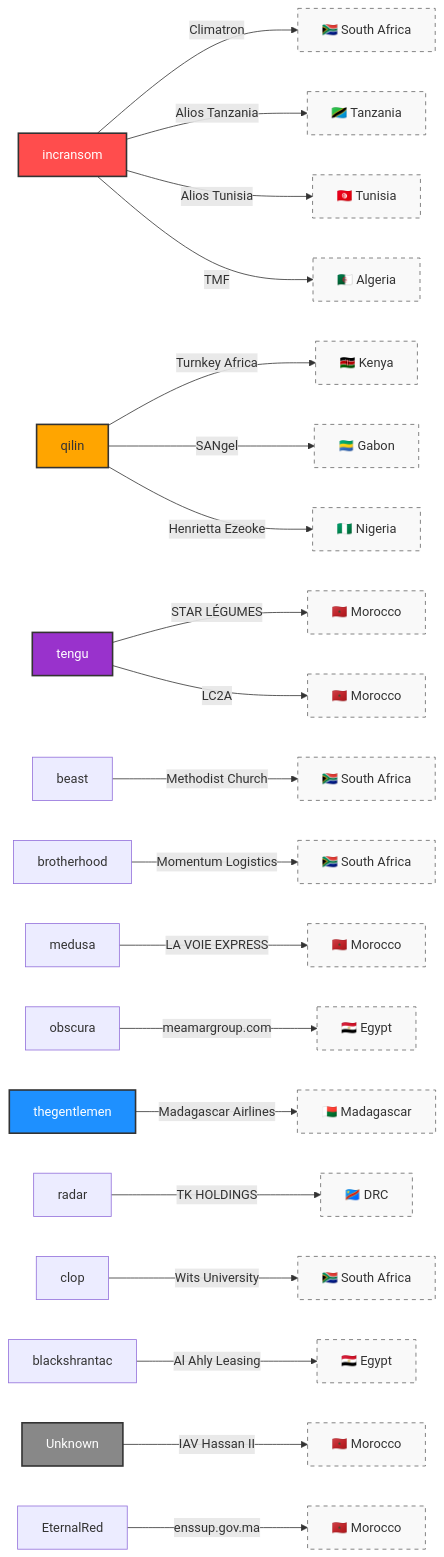
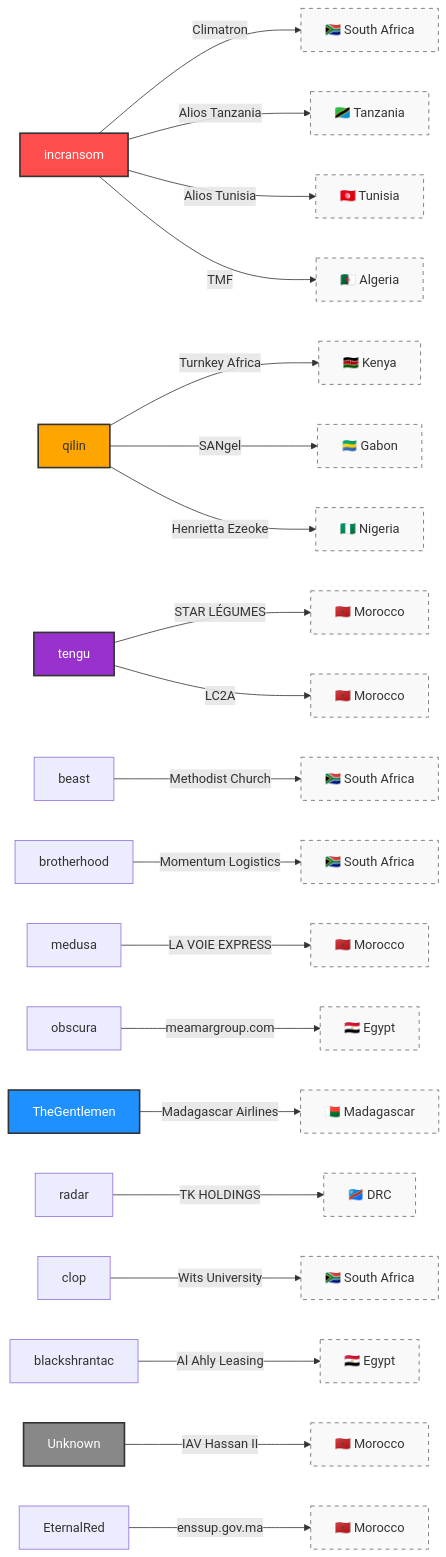
One commit to Hatchepsoute/AFRINTEL changed the sixth of 6 diagrams in CyberAttackAfrica/2025/10-october/README.md. Above: the diagram before and after it, drawn with Mermaid. The commit also changed other lines of this file and 83 other files, not shown here.

````diff
--- a/CyberAttackAfrica/2025/10-october/README.md
+++ b/CyberAttackAfrica/2025/10-october/README.md
@@ -284,33 +284,33 @@
 ```mermaid
 graph LR
     incransom -->|Climatron| SA1["🇿🇦 South Africa"]
     incransom -->|Alios Tanzania| Tanzania["🇹🇿 Tanzania"]
     incransom -->|Alios Tunisia| Tunisia["🇹🇳 Tunisia"]
     incransom -->|TMF| Algeria["🇩🇿 Algeria"]
     qilin -->|Turnkey Africa| Kenya["🇰🇪 Kenya"]
     qilin -->|SANgel| Gabon["🇬🇦 Gabon"]
     qilin -->|Henrietta Ezeoke| Nigeria["🇳🇬 Nigeria"]
     tengu -->|STAR LÉGUMES| Morocco1["🇲🇦 Morocco"]
     tengu -->|LC2A| Morocco2["🇲🇦 Morocco"]
     beast -->|Methodist Church| SA2["🇿🇦 South Africa"]
     brotherhood -->|Momentum Logistics| SA4["🇿🇦 South Africa"]
     medusa -->|LA VOIE EXPRESS| Morocco3["🇲🇦 Morocco"]
     obscura -->|meamargroup.com| Egypt1["🇪🇬 Egypt"]
-    thegentlemen -->|Madagascar Airlines| Madagascar["🇲🇬 Madagascar"]
+    TheGentlemen -->|Madagascar Airlines| Madagascar["🇲🇬 Madagascar"]
     radar -->|TK HOLDINGS| DRC["🇨🇩 DRC"]
     clop -->|Wits University| SA5["🇿🇦 South Africa"]
     blackshrantac -->|Al Ahly Leasing| Egypt2["🇪🇬 Egypt"]
     Unknown -->|IAV Hassan II| Morocco4["🇲🇦 Morocco"]
     EternalRed -->|enssup.gov.ma| Morocco5["🇲🇦 Morocco"]
 
     %% Styles et Couleurs
     style incransom fill:#ff4d4d,stroke:#333,stroke-width:2px,color:#fff
     style qilin fill:#ffa500,stroke:#333,stroke-width:2px
     style tengu fill:#9932cc,stroke:#333,stroke-width:2px,color:#fff
-    style thegentlemen fill:#1e90ff,stroke:#333,stroke-width:2px,color:#fff
+    style TheGentlemen fill:#1e90ff,stroke:#333,stroke-width:2px,color:#fff
     style Unknown fill:#888,stroke:#333,stroke-width:2px,color:#fff
     
     %% Style des pays (Nodes de destination)
     classDef country fill:#f9f9f9,stroke:#666,stroke-dasharray: 5 5
     class SA1,SA2,SA4,SA5,Tanzania,Tunisia,Algeria,Kenya,Gabon,Nigeria,Morocco1,Morocco2,Morocco3,Morocco4,Morocco5,Egypt1,Egypt2,Madagascar,DRC country
 ```
````
